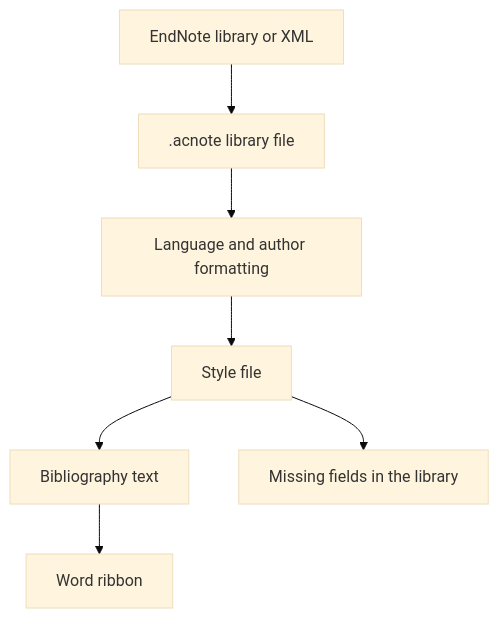
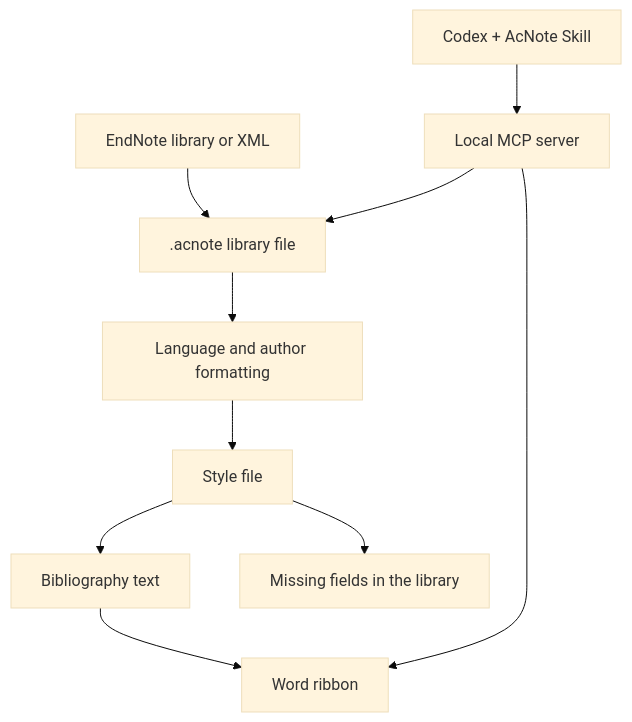
Before and after one commit to DLWangSan/acnote: the diagram in README.md, drawn with Mermaid (base theme). The commit also changed other lines of this file and 1 other file, not shown here.

Commit message:
docs: document Codex skill and MCP tools

````diff
--- a/README.md
+++ b/README.md
@@ -103,9 +137,12 @@
 ```mermaid
 flowchart TD
     A[EndNote library or XML] --> B[.acnote library file]
+    H[Codex + AcNote Skill] --> I[Local MCP server]
+    I --> B
+    I --> G
     B --> C[Language and author formatting]
     C --> D[Style file]
     D --> E[Bibliography text]
     D --> F[Missing fields in the library]
     E --> G[Word ribbon]
 ```
````
